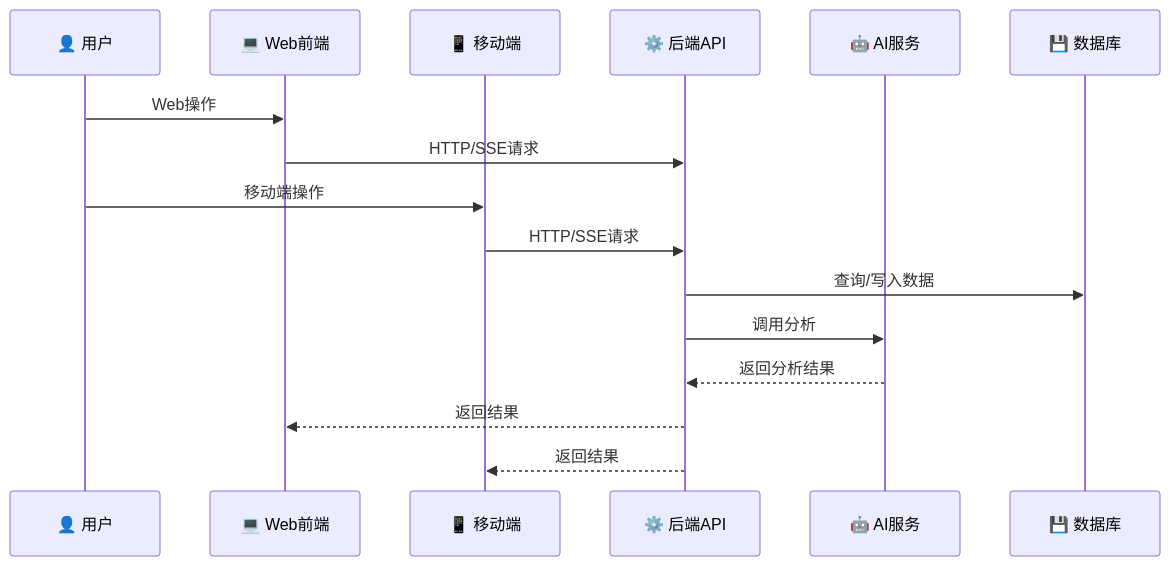
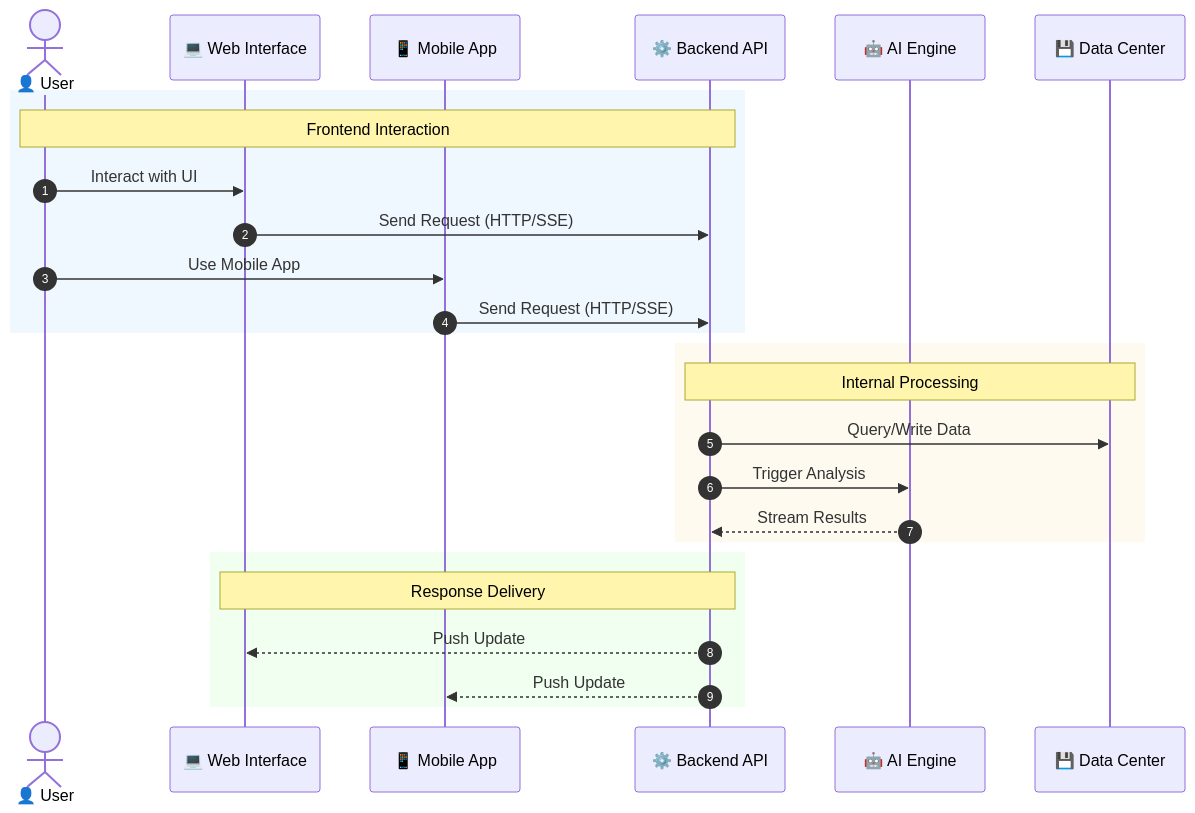
One commit to RedMoonnn/Financial_Program changed the second of 2 diagrams in README.md. Above: the diagram before and after it, drawn with Mermaid. The commit also changed other lines of this file, not shown here.

Commit message:
docs: optimize system architecture diagram with symmetrical layout

````diff
--- a/README.md
+++ b/README.md
@@ -201,21 +242,32 @@
 ```mermaid
 sequenceDiagram
-    participant U as 👤 用户
-    participant W as 💻 Web前端
-    participant M as 📱 移动端
-    participant B as ⚙️ 后端API
-    participant AI as 🤖 AI服务
-    participant DB as 💾 数据库
+    autonumber
 
-    U->>W: Web操作
-    W->>B: HTTP/SSE请求
+    actor U as 👤 User
+    participant W as 💻 Web Interface
+    participant M as 📱 Mobile App
+    participant B as ⚙️ Backend API
+    participant AI as 🤖 AI Engine
+    participant DB as 💾 Data Center
 
-    U->>M: 移动端操作
-    M->>B: HTTP/SSE请求
+    rect rgb(240, 248, 255)
+    Note over U, B: Frontend Interaction
+    U->>W: Interact with UI
+    W->>B: Send Request (HTTP/SSE)
+    U->>M: Use Mobile App
+    M->>B: Send Request (HTTP/SSE)
+    end
 
-    B->>DB: 查询/写入数据
-    B->>AI: 调用分析
-    AI-->>B: 返回分析结果
-    B-->>W: 返回结果
-    B-->>M: 返回结果
+    rect rgb(255, 250, 240)
+    Note over B, DB: Internal Processing
+    B->>DB: Query/Write Data
+    B->>AI: Trigger Analysis
+    AI-->>B: Stream Results
+    end
+
+    rect rgb(240, 255, 240)
+    Note over B, W: Response Delivery
+    B-->>W: Push Update
+    B-->>M: Push Update
+    end
 ```
````
